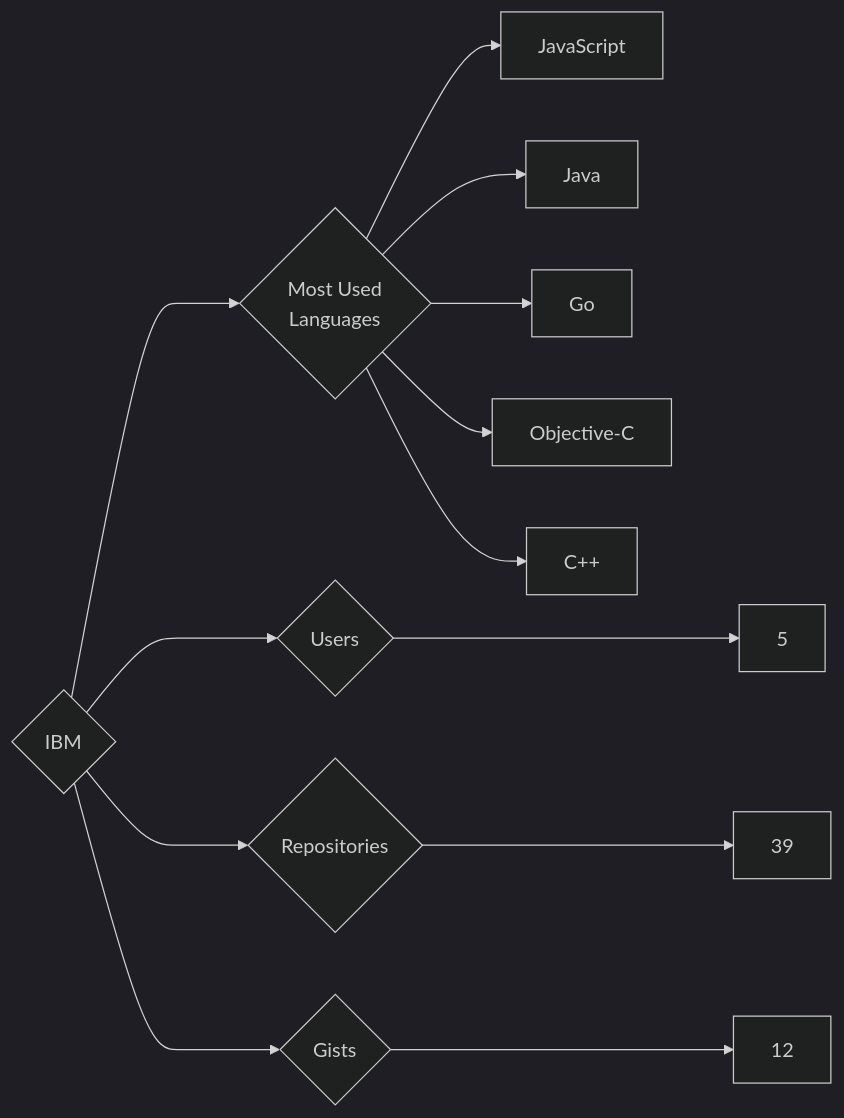
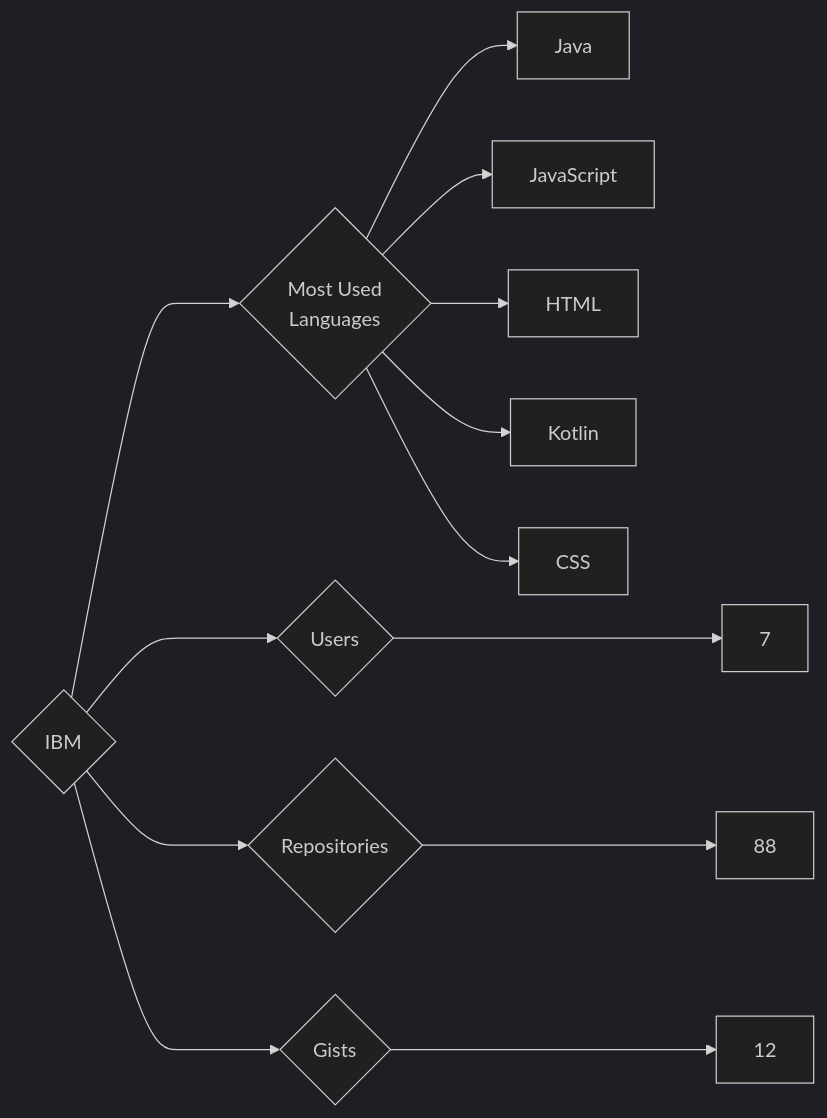
Before and after one commit to trickest/insiders: the diagram in targets/IBM/README.md, drawn with Mermaid (dark theme). The commit also changed 880 other files, not shown here.

````diff
--- a/targets/IBM/README.md
+++ b/targets/IBM/README.md
@@ -3,13 +3,13 @@
 ```mermaid
 graph LR
 COMPANY_NAME{IBM}
-COMPANY_NAME ---> U{Users} ---> UN[5]
-COMPANY_NAME ---> R{Repositories} ---> RN[39]
+COMPANY_NAME ---> U{Users} ---> UN[7]
+COMPANY_NAME ---> R{Repositories} ---> RN[88]
 COMPANY_NAME ---> G{Gists} ---> GN[12]
 COMPANY_NAME ---> ML{Most Used<br>Languages}
+ML --> Java[Java]
 ML --> JavaScript[JavaScript]
-ML --> Java[Java]
-ML --> Go[Go]
-ML --> Objective-C[Objective-C]
-ML --> C++[C++]
+ML --> HTML[HTML]
+ML --> Kotlin[Kotlin]
+ML --> CSS[CSS]
 ```
````
